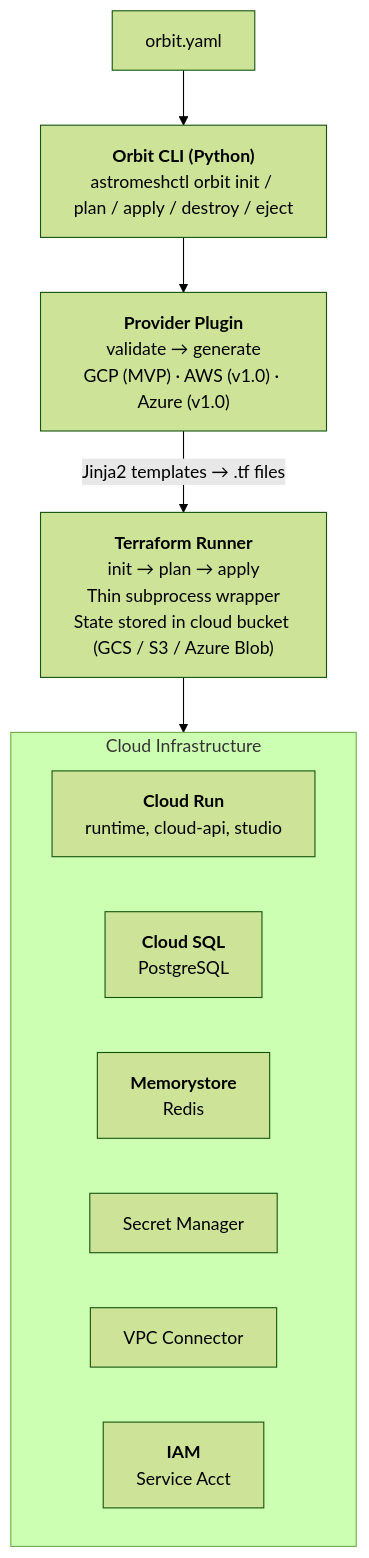
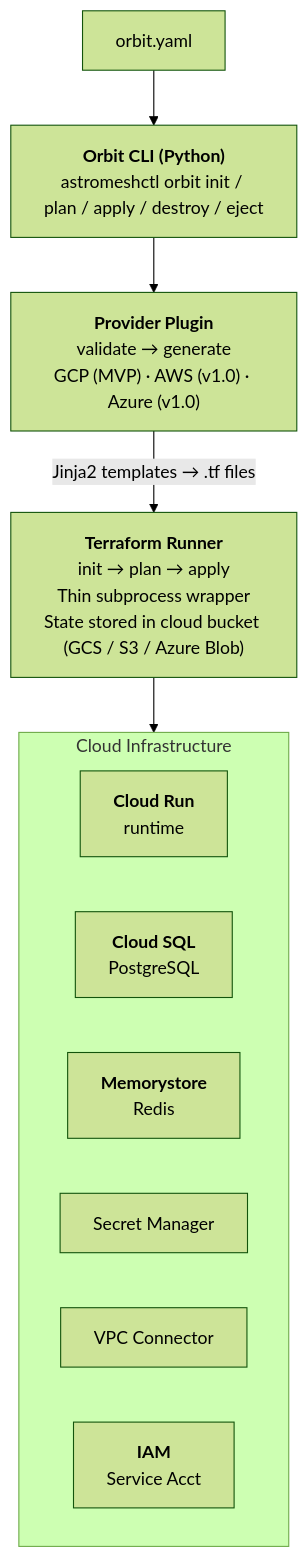
The first of 2 diagrams in docs/ORBIT_OVERVIEW.md (monaccode/astromesh), drawn with Mermaid (forest theme) before and after one commit. The commit also changed other lines of this file and 2 other files, not shown here.

Commit message:
docs(orbit): drop removed cloud-api/studio config and refresh roadmap sections

````diff
--- a/docs/ORBIT_OVERVIEW.md
+++ b/docs/ORBIT_OVERVIEW.md
@@ -13,25 +13,25 @@
 ```mermaid
 flowchart TB
     yaml[orbit.yaml] --> cli["`**Orbit CLI (Python)**
     astromeshctl orbit init / plan / apply / destroy / eject`"]
     cli --> plugin["`**Provider Plugin**
     validate → generate
     GCP (MVP) · AWS (v1.0) · Azure (v1.0)`"]
     plugin -- "Jinja2 templates → .tf files" --> runner["`**Terraform Runner**
     init → plan → apply
     Thin subprocess wrapper
     State stored in cloud bucket (GCS / S3 / Azure Blob)`"]
     runner --> cloud
     subgraph cloud["Cloud Infrastructure"]
         cr["`**Cloud Run**
-        runtime, cloud-api, studio`"]
+        runtime`"]
         sql["`**Cloud SQL**
         PostgreSQL`"]
         redis["`**Memorystore**
         Redis`"]
         sm["Secret Manager"]
         vpc["VPC Connector"]
         iam["`**IAM**
         Service Acct`"]
     end
 ```
````
